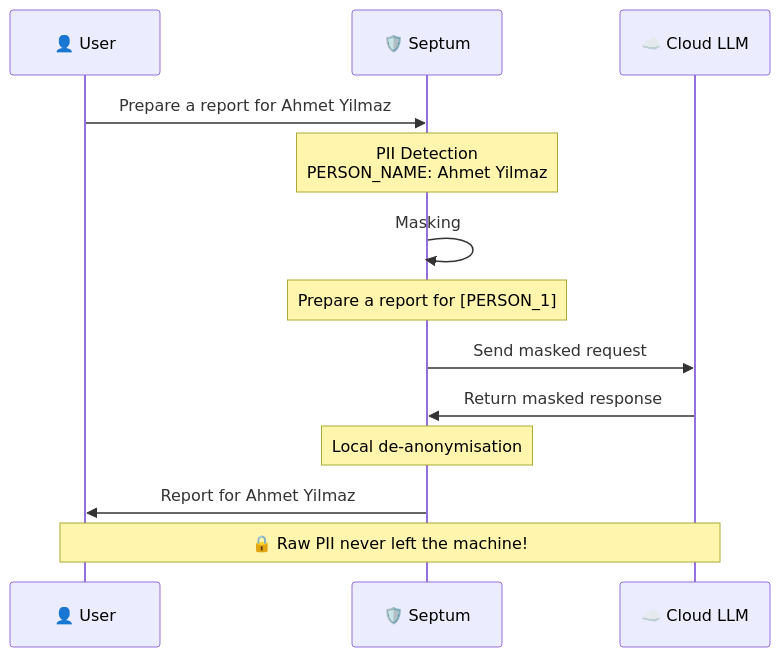
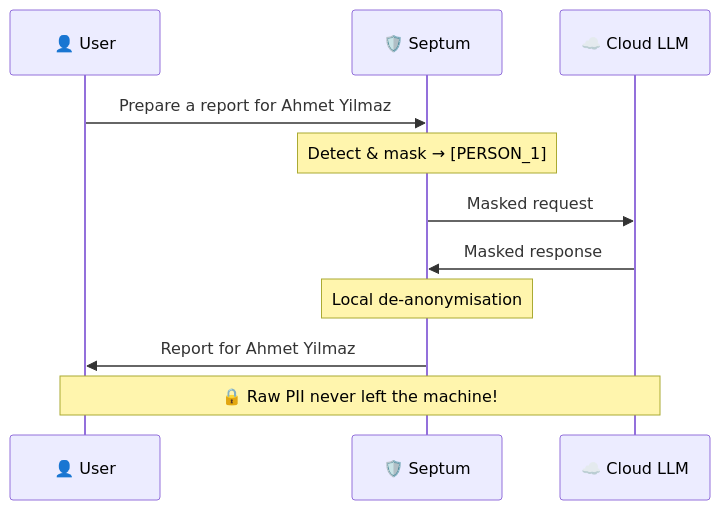
One commit to byerlikaya/Septum changed the first of 5 diagrams in README.md. Above: the diagram before and after it, drawn with Mermaid. The commit also changed 1 other file, not shown here.

Commit message:
docs: compact sequence diagram to avoid GitHub pan/zoom controls

````diff
--- a/README.md
+++ b/README.md
@@ -98,17 +98,13 @@
 ```mermaid
 sequenceDiagram
     participant U as 👤 User
     participant S as 🛡️ Septum
     participant L as ☁️ Cloud LLM
-
     U->>S: Prepare a report for Ahmet Yilmaz
-    Note over S: PII Detection<br/>PERSON_NAME: Ahmet Yilmaz
-    S->>S: Masking
-    Note over S: Prepare a report for [PERSON_1]
-    S->>L: Send masked request
-    L->>S: Return masked response
+    Note over S: Detect & mask → [PERSON_1]
+    S->>L: Masked request
+    L->>S: Masked response
     Note over S: Local de-anonymisation
     S->>U: Report for Ahmet Yilmaz
-
     Note over U,L: 🔒 Raw PII never left the machine!
 ```
````
